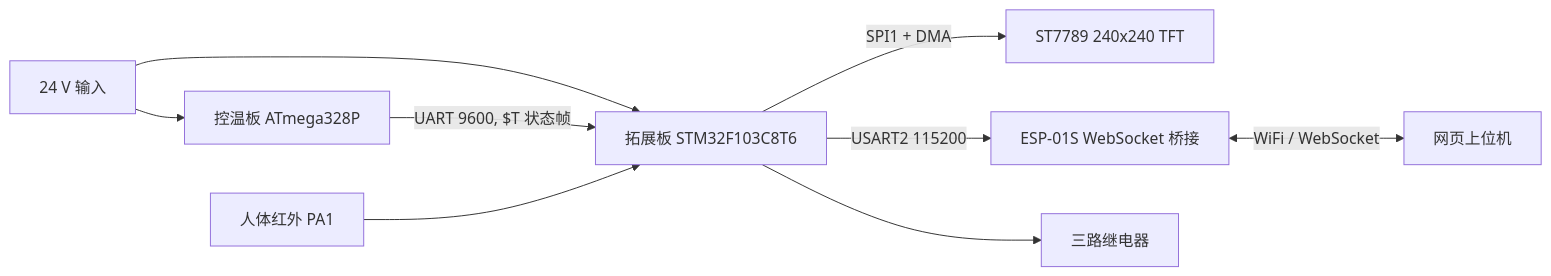
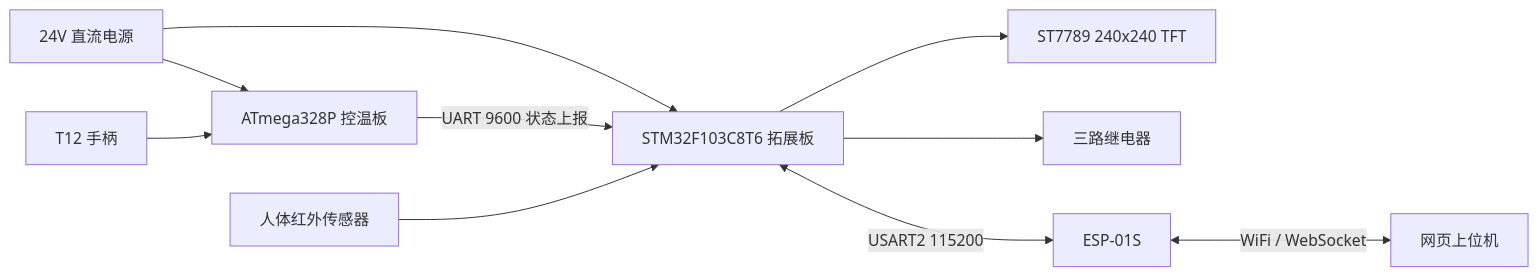
One commit to AnturyXD/Soldering-stationV2 changed the first of 3 diagrams in README.md. Above: the diagram before and after it, drawn with Mermaid. The commit also changed other lines of this file and 1 other file, not shown here.

````diff
--- a/README.md
+++ b/README.md
@@ -55,11 +35,12 @@
 ```mermaid
 flowchart LR
-    PWR["24 V 输入"] --> CTRL["控温板 ATmega328P"]
-    PWR --> EXT["拓展板 STM32F103C8T6"]
-    CTRL -->|"UART 9600, $T 状态帧"| EXT
-    EXT -->|"SPI1 + DMA"| TFT["ST7789 240x240 TFT"]
-    EXT -->|"USART2 115200"| ESP["ESP-01S WebSocket 桥接"]
+    POWER["24V 直流电源"] --> CTRL["ATmega328P 控温板"]
+    POWER --> EXT["STM32F103C8T6 拓展板"]
+    HANDLE["T12 手柄"] --> CTRL
+    CTRL -->|"UART 9600 状态上报"| EXT
+    EXT --> TFT["ST7789 240x240 TFT"]
+    EXT --> RELAY["三路继电器"]
+    PIR["人体红外传感器"] --> EXT
+    EXT <-->|"USART2 115200"| ESP["ESP-01S"]
     ESP <-->|"WiFi / WebSocket"| WEB["网页上位机"]
-    EXT --> RLY["三路继电器"]
-    PIR["人体红外 PA1"] --> EXT
 ```
````
